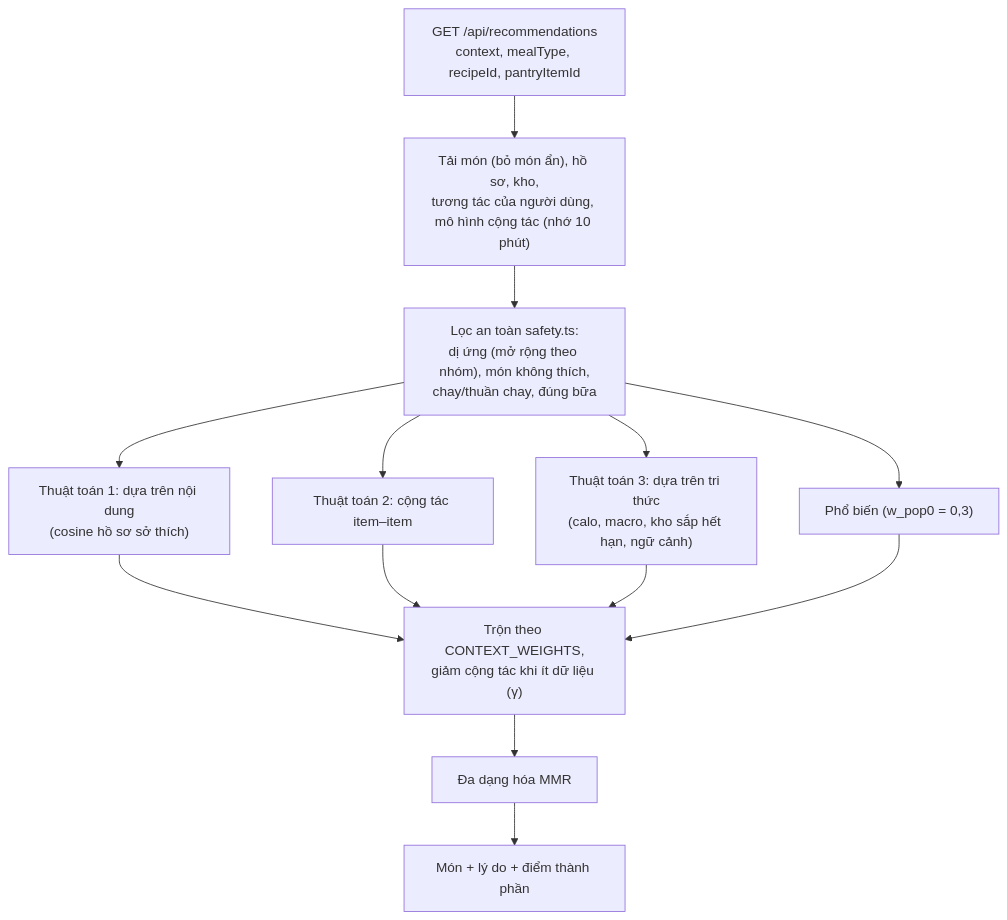
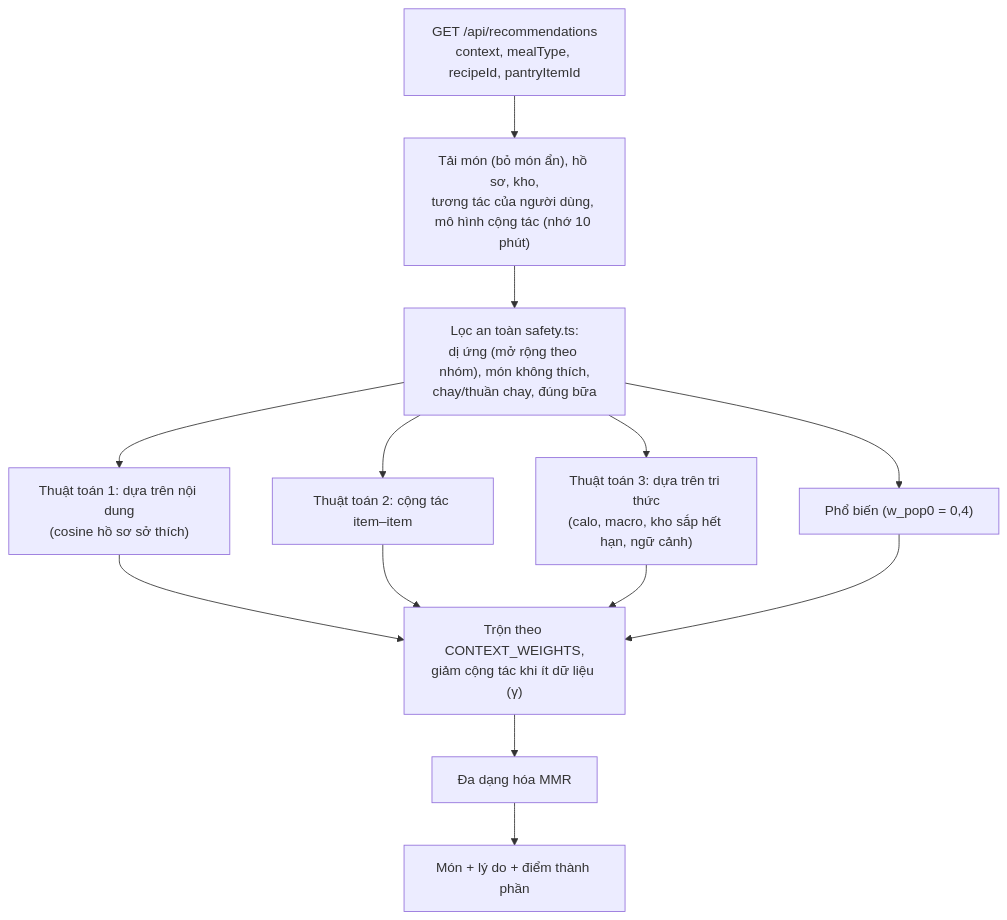
Before and after one commit to DangNgocTruongVinh/Food-App: the fourth of 4 diagrams in docs/bao-cao/kien-truc.md, drawn with Mermaid. The commit also changed 5 other files, not shown here.

````diff
--- a/docs/bao-cao/kien-truc.md
+++ b/docs/bao-cao/kien-truc.md
@@ -114,14 +114,14 @@
 ```mermaid
 flowchart TD
   q["GET /api/recommendations<br/>context, mealType, recipeId, pantryItemId"] --> load["Tải món (bỏ món ẩn), hồ sơ, kho,<br/>tương tác của người dùng, mô hình cộng tác (nhớ 10 phút)"]
   load --> safe["Lọc an toàn safety.ts:<br/>dị ứng (mở rộng theo nhóm), món không thích,<br/>chay/thuần chay, đúng bữa"]
   safe --> c1["Thuật toán 1: dựa trên nội dung<br/>(cosine hồ sơ sở thích)"]
   safe --> c2["Thuật toán 2: cộng tác item–item"]
   safe --> c3["Thuật toán 3: dựa trên tri thức<br/>(calo, macro, kho sắp hết hạn, ngữ cảnh)"]
-  safe --> pop["Phổ biến (w_pop0 = 0,3)"]
+  safe --> pop["Phổ biến (w_pop0 = 0,4)"]
   c1 --> mix["Trộn theo CONTEXT_WEIGHTS,<br/>giảm cộng tác khi ít dữ liệu (γ)"]
   c2 --> mix
   c3 --> mix
   pop --> mix
   mix --> mmr["Đa dạng hóa MMR"] --> out["Món + lý do + điểm thành phần"]
 ```
````
